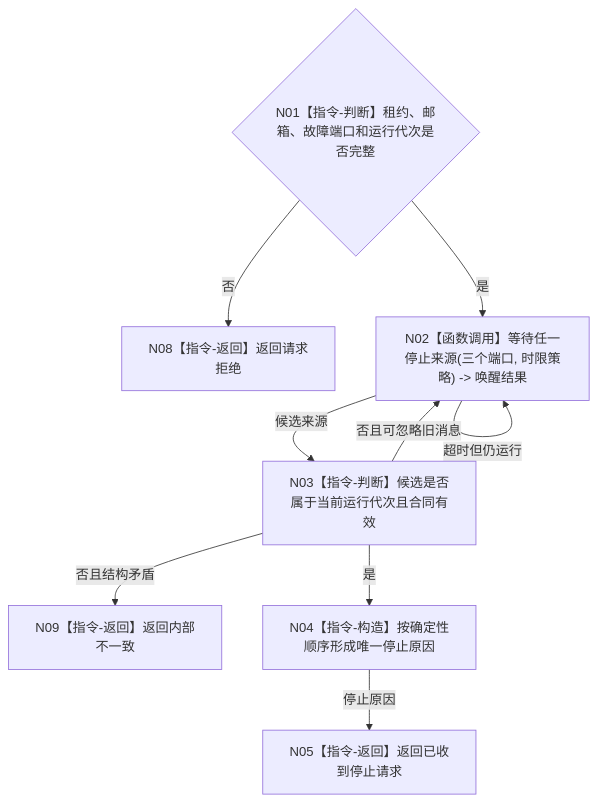
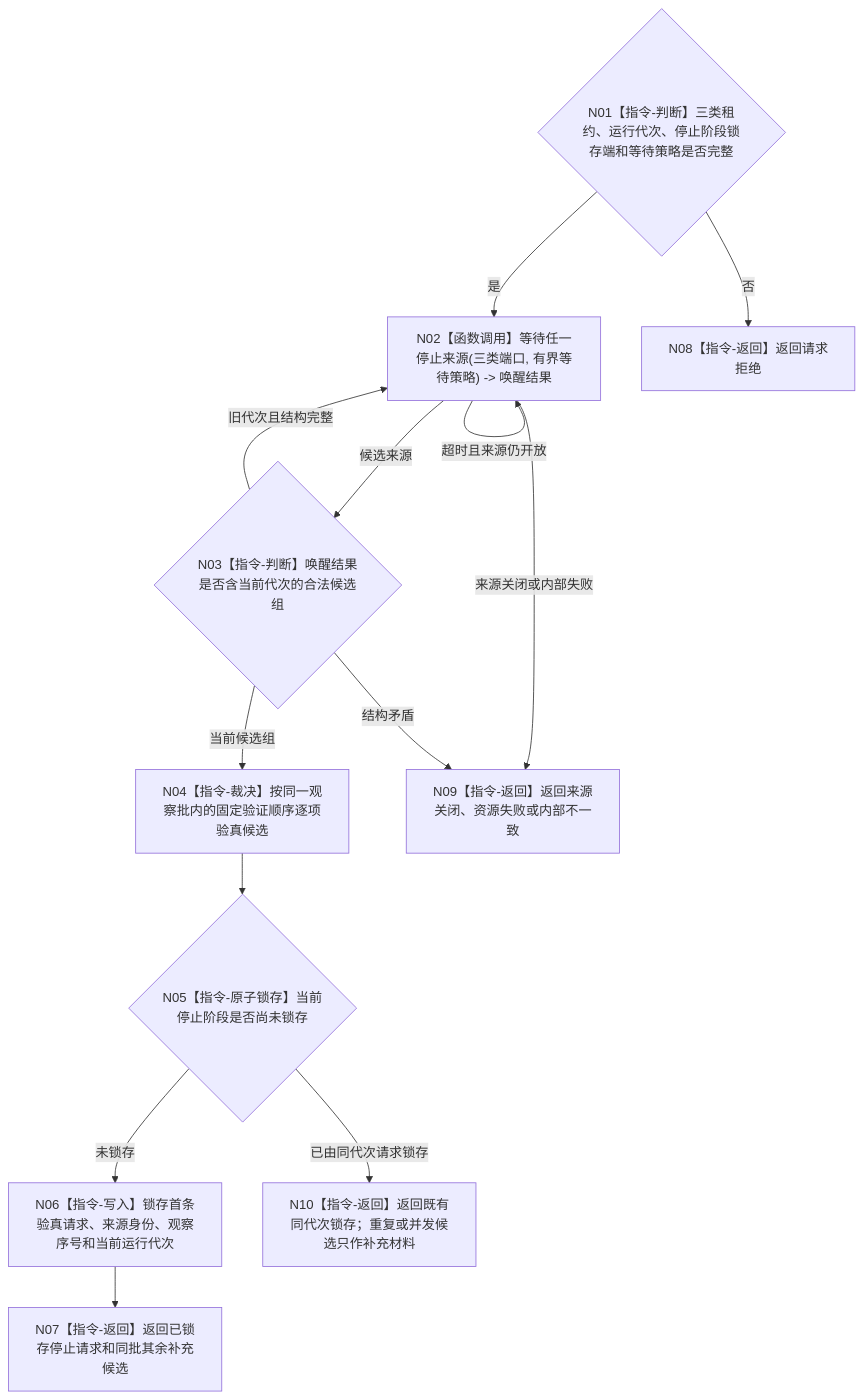
One commit to chunhaizh-cyber/HY-Ego changed the diagram in 流程图/目标业务流程图/L2/BIZ-L2-001-10_等待程序停止请求_目标函数流程图_v0.1.md. Above: the diagram before and after it, drawn with Mermaid. The commit also changed other lines of this file and 12 other files, not shown here.

````diff
--- a/流程图/目标业务流程图/L2/BIZ-L2-001-10_等待程序停止请求_目标函数流程图_v0.1.md
+++ b/流程图/目标业务流程图/L2/BIZ-L2-001-10_等待程序停止请求_目标函数流程图_v0.1.md
@@ -29,11 +31,24 @@
 ```mermaid
 flowchart TD
-    N01{"N01【指令-判断】租约、邮箱、故障端口和运行代次是否完整"} -->|否| N08["N08【指令-返回】返回请求拒绝"]
-    N01 -->|是| N02["N02【函数调用】等待任一停止来源(三个端口, 时限策略) -> 唤醒结果"]
-    N02 -->|超时但仍运行| N02
-    N02 -->|候选来源| N03["N03【指令-判断】候选是否属于当前运行代次且合同有效"]
-    N03 -->|否且可忽略旧消息| N02
-    N03 -->|否且结构矛盾| N09["N09【指令-返回】返回内部不一致"]
-    N03 -->|是| N04["N04【指令-构造】按确定性顺序形成唯一停止原因"]
-    N04 -->|停止原因| N05["N05【指令-返回】返回已收到停止请求"]
+    N01{"N01【指令-判断】三类租约、运行代次、停止阶段锁存端和等待策略是否完整"}
+    N02["N02【函数调用】等待任一停止来源(三类端口, 有界等待策略) -> 唤醒结果"]
+    N03{"N03【指令-判断】唤醒结果是否含当前代次的合法候选组"}
+    N04["N04【指令-裁决】按同一观察批内的固定验证顺序逐项验真候选"]
+    N05{"N05【指令-原子锁存】当前停止阶段是否尚未锁存"}
+    N06["N06【指令-写入】锁存首条验真请求、来源身份、观察序号和当前运行代次"]
+    N07["N07【指令-返回】返回已锁存停止请求和同批其余补充候选"]
+    N08["N08【指令-返回】返回请求拒绝"]
+    N09["N09【指令-返回】返回来源关闭、资源失败或内部不一致"]
+    N10["N10【指令-返回】返回既有同代次锁存；重复或并发候选只作补充材料"]
+
+    N01 -->|否| N08
+    N01 -->|是| N02
+    N02 -->|超时且来源仍开放| N02
+    N02 -->|来源关闭或内部失败| N09
+    N02 -->|候选来源| N03
+    N03 -->|旧代次且结构完整| N02
+    N03 -->|结构矛盾| N09
+    N03 -->|当前候选组| N04 --> N05
+    N05 -->|未锁存| N06 --> N07
+    N05 -->|已由同代次请求锁存| N10
 ```
````
